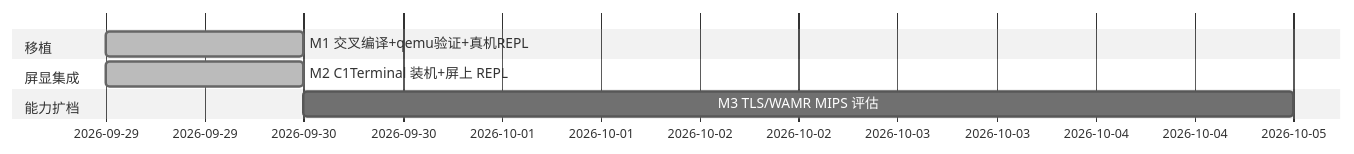
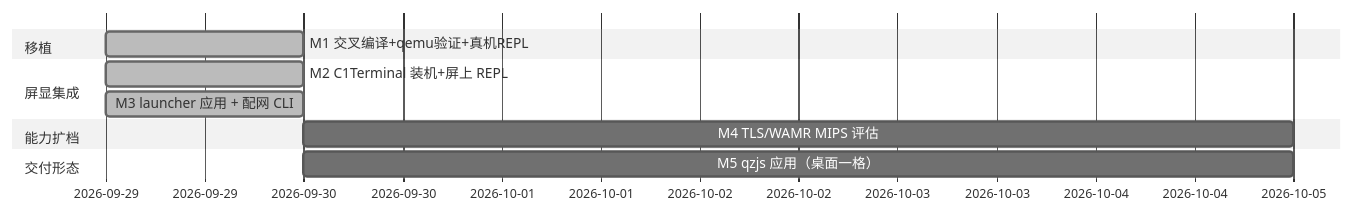
One commit to adam-ikari/qzos changed the diagram in brain/roadmap.md. Above: the diagram before and after it, drawn with Mermaid (neutral theme). The commit also changed other lines of this file and 134 other files, not shown here.

````diff
--- a/brain/roadmap.md
+++ b/brain/roadmap.md
@@ -12,10 +12,13 @@
 ```mermaid
 gantt
   dateFormat YYYY-MM-DD
   section 移植
   M1 交叉编译+qemu验证+真机REPL :done, m1, 2026-09-29, 1d
   section 屏显集成
   M2 C1Terminal 装机+屏上 REPL   :done, m2, 2026-09-29, 1d
+  M3 launcher 应用 + 配网 CLI     :done, m3, 2026-09-29, 1d
   section 能力扩档
-  M3 TLS/WAMR MIPS 评估           :m3, after m2, 5d
+  M4 TLS/WAMR MIPS 评估           :m4, after m3, 5d
+  section 交付形态
+  M5 qzjs 应用（桌面一格）        :m5, after m3, 5d
 ```
````
